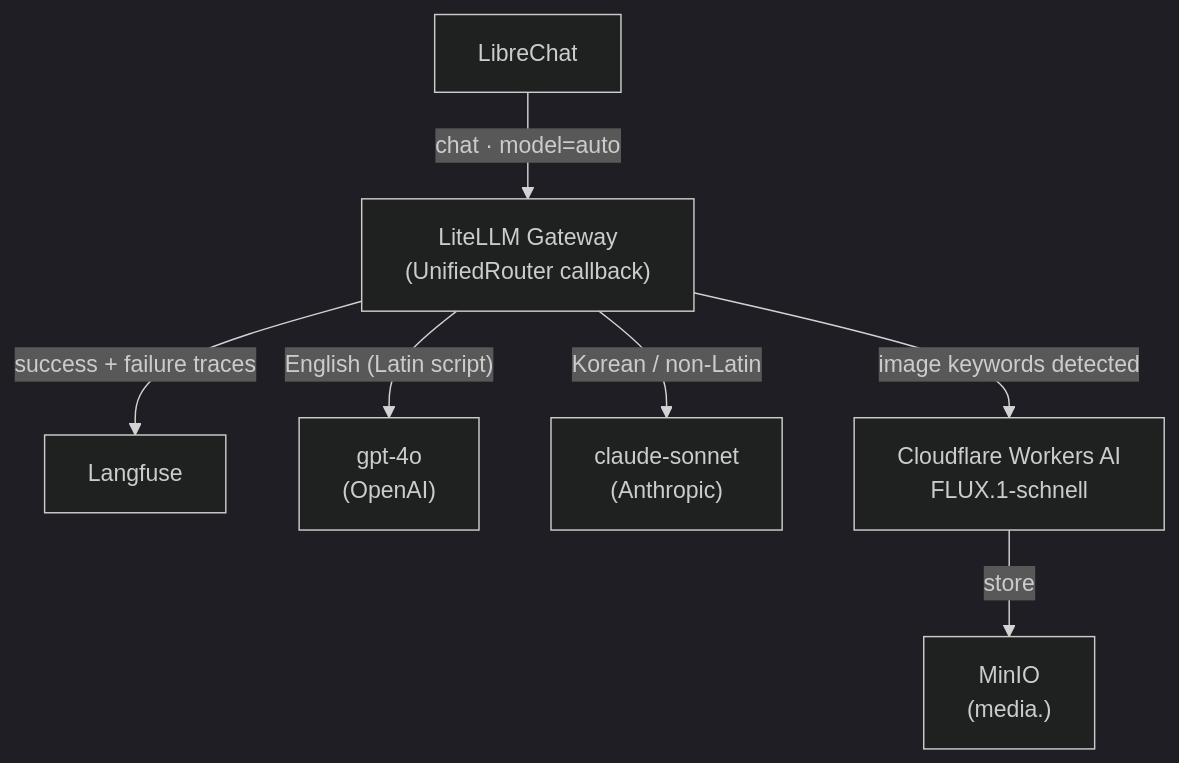
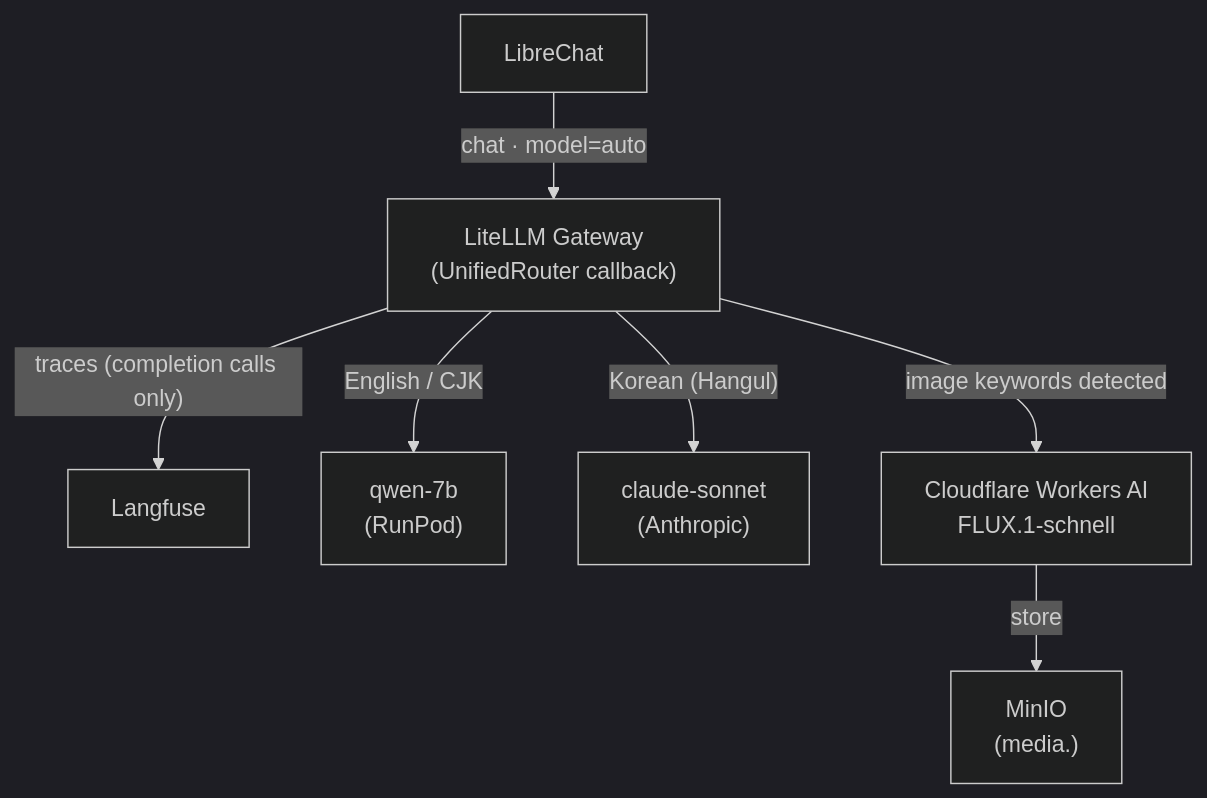
One commit to litkhai/llmops-in-a-box changed the second of 4 diagrams in docs/configuration.md. Above: the diagram before and after it, drawn with Mermaid (dark theme). The commit also changed other lines of this file and 8 other files, not shown here.

````diff
--- a/docs/configuration.md
+++ b/docs/configuration.md
@@ -217,19 +216,19 @@
 ```mermaid
 flowchart TD
     LC["LibreChat"]
     G["LiteLLM Gateway\n(UnifiedRouter callback)"]
     LF["Langfuse"]
-    GPT["gpt-4o\n(OpenAI)"]
+    QW["qwen-7b\n(RunPod)"]
     CS["claude-sonnet\n(Anthropic)"]
     CF["Cloudflare Workers AI\nFLUX.1-schnell"]
     MN["MinIO\n(media.<domain>)"]
 
     LC -- "chat · model=auto" --> G
 
     G -- "image keywords detected" --> CF
     CF -- "store" --> MN
-    G -- "English (Latin script)" --> GPT
-    G -- "Korean / non-Latin" --> CS
+    G -- "English / CJK" --> QW
+    G -- "Korean (Hangul)" --> CS
 
-    G -- "success + failure traces" --> LF
+    G -- "traces (completion calls only)" --> LF
 ```
````
